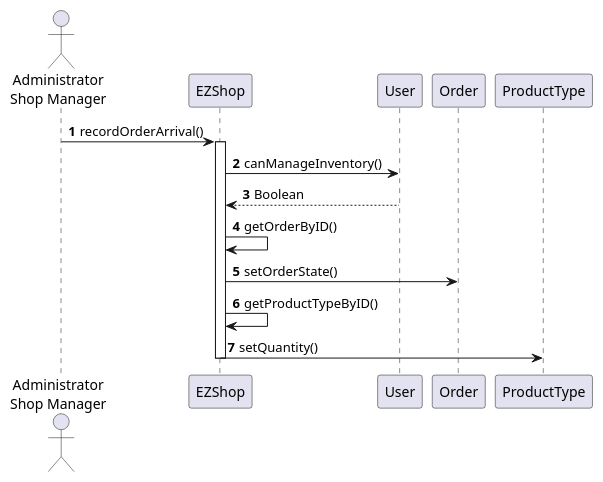
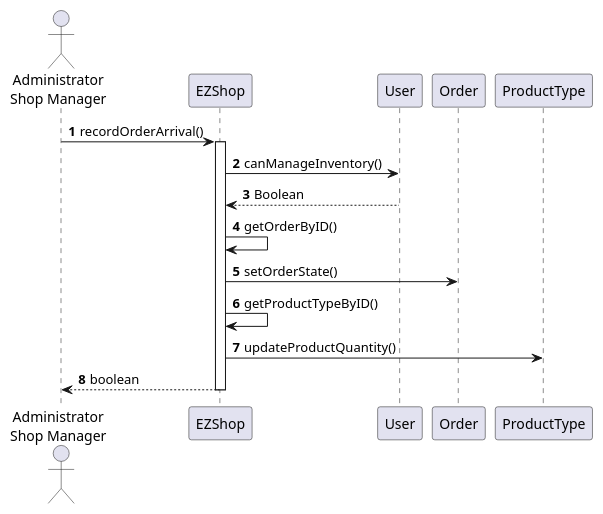
One commit to gioele-scaletta/EZShop-Software-Engineering-Project changed the tenth of 20 diagrams in Deliverables/DesignDocument.md. Above: the diagram before and after it, drawn with PlantUML. The commit also changed other lines of this file, not shown here.

Commit message:
Slight modification of UC1,2,3 and UML Diagram

````diff
--- a/Deliverables/DesignDocument.md
+++ b/Deliverables/DesignDocument.md
@@ -374,14 +385,15 @@
 ```plantuml
 actor "Administrator\nShop Manager" as user
 autonumber
 
 user->EZShop : recordOrderArrival()
 activate EZShop
 EZShop->User : canManageInventory()
 User --> EZShop : Boolean
 EZShop->EZShop : getOrderByID()
 EZShop->Order : setOrderState()
 EZShop->EZShop : getProductTypeByID()
-EZShop->ProductType : setQuantity()
+EZShop->ProductType : updateProductQuantity()
+EZShop --> user: boolean
 deactivate EZShop
 ```
````
